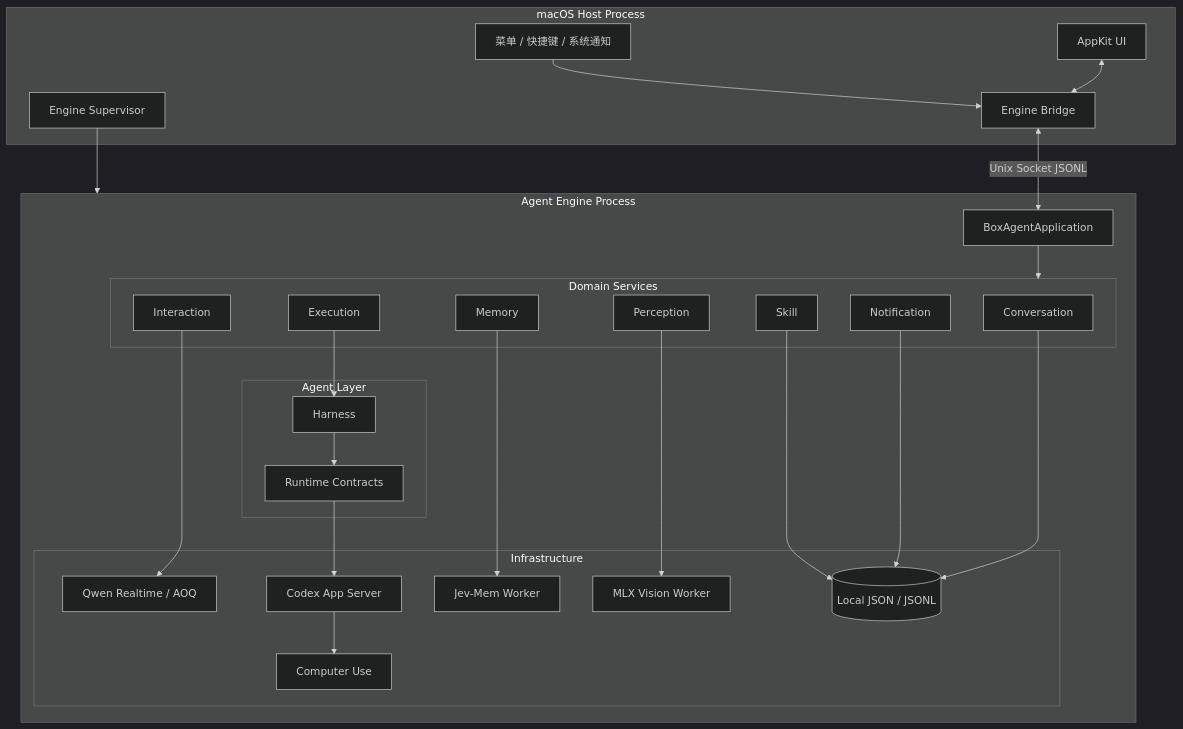
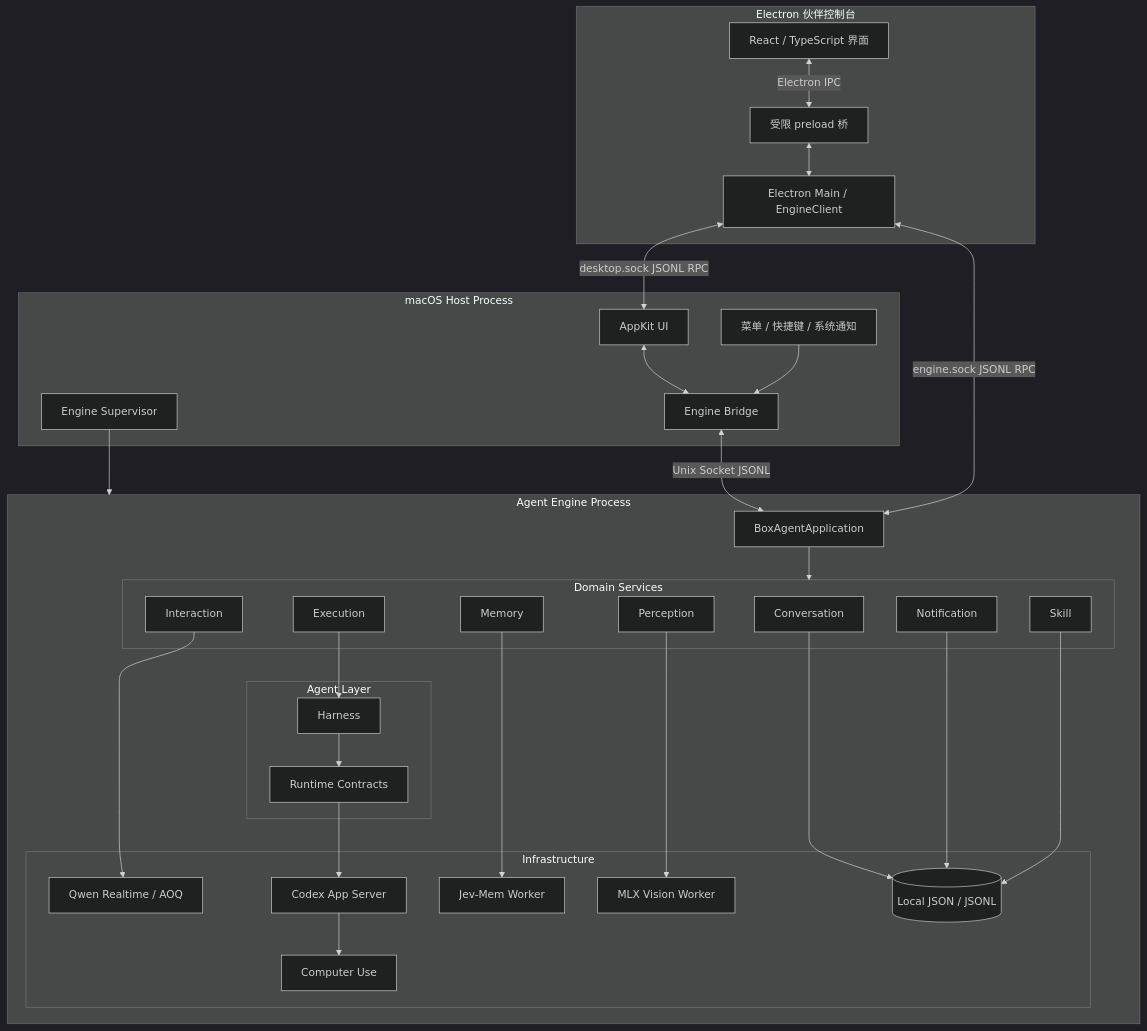
Before and after one commit to kono-dada/BoxAgent: the first of 4 diagrams in docs/BoxAgent-架构重构方案.md, drawn with Mermaid (dark theme). The commit also changed other lines of this file and 44 other files, not shown here.

````diff
--- a/docs/BoxAgent-架构重构方案.md
+++ b/docs/BoxAgent-架构重构方案.md
@@ -61,51 +63,61 @@
 ```mermaid
 flowchart TB
     subgraph HOST[macOS Host Process]
         UI[AppKit UI]
         MENU[菜单 / 快捷键 / 系统通知]
         BRIDGE[Engine Bridge]
         SUP[Engine Supervisor]
+    end
+
+    subgraph PANEL[Electron 伙伴控制台]
+        REACT[React / TypeScript 界面]
+        PRELOAD[受限 preload 桥]
+        MAIN[Electron Main / EngineClient]
+        REACT <-->|Electron IPC| PRELOAD
+        PRELOAD <--> MAIN
     end
 
     subgraph ENGINE[Agent Engine Process]
         APP[BoxAgentApplication]
 
         subgraph DOMAIN[Domain Services]
             CONV[Conversation]
             INTERACTION[Interaction]
             EXEC[Execution]
             MEMORY[Memory]
             NOTIFY[Notification]
             SKILL[Skill]
             PERCEPTION[Perception]
         end
 
         subgraph AGENT[Agent Layer]
             HARNESS[Harness]
             PORTS[Runtime Contracts]
         end
 
         subgraph INFRA[Infrastructure]
             QWEN[Qwen Realtime / AOQ]
             CODEX[Codex App Server]
             CU[Computer Use]
             JEV[Jev-Mem Worker]
             VLM[MLX Vision Worker]
             JSONL[(Local JSON / JSONL)]
         end
     end
 
     UI <--> BRIDGE
     MENU --> BRIDGE
     BRIDGE <--> |Unix Socket JSONL| APP
     SUP --> ENGINE
+    MAIN <-->|engine.sock JSONL RPC| APP
+    MAIN <-->|desktop.sock JSONL RPC| UI
 
     APP --> DOMAIN
     INTERACTION --> QWEN
     EXEC --> HARNESS --> PORTS --> CODEX --> CU
     MEMORY --> JEV
     CONV --> JSONL
     NOTIFY --> JSONL
     SKILL --> JSONL
     PERCEPTION --> VLM
 ```
````
